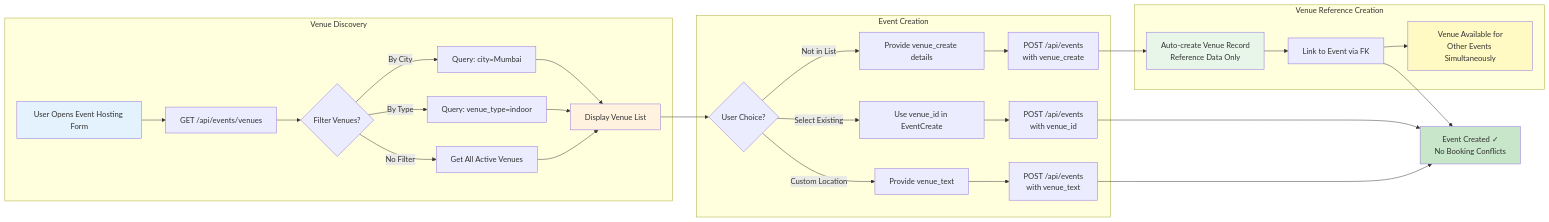
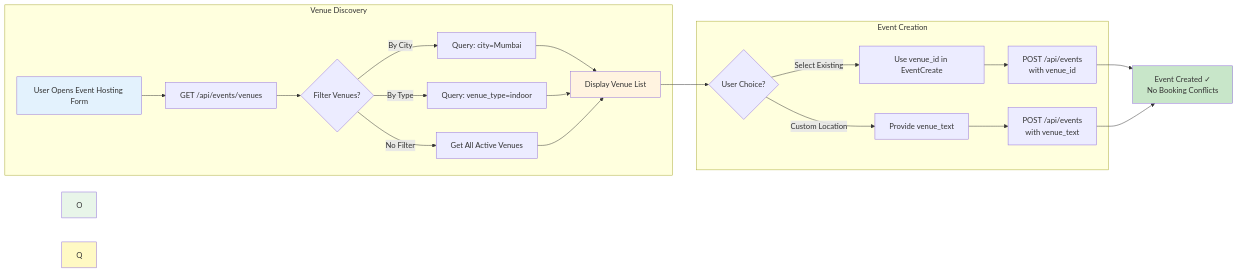
One commit to LOOPINX-CIRCLE/LoopinBackend changed the third of 16 diagrams in events/docs/README.md. Above: the diagram before and after it, drawn with Mermaid. The commit also changed other lines of this file and 2 other files, not shown here.

First line of the commit message:
Update event API docs for multipart/form-data and Supabase Storage

````diff
--- a/events/docs/README.md
+++ b/events/docs/README.md
@@ -133,40 +131,31 @@
 ```mermaid
 flowchart LR
     subgraph "Venue Discovery"
         A[User Opens Event Hosting Form] --> B[GET /api/events/venues]
         B --> C{Filter Venues?}
         C -->|By City| D[Query: city=Mumbai]
         C -->|By Type| E[Query: venue_type=indoor]
         C -->|No Filter| F[Get All Active Venues]
         D --> G[Display Venue List]
         E --> G
         F --> G
     end
     
     subgraph "Event Creation"
         G --> H{User Choice?}
         H -->|Select Existing| I[Use venue_id in EventCreate]
-        H -->|Not in List| J[Provide venue_create details]
         H -->|Custom Location| K[Provide venue_text]
         
         I --> L[POST /api/events<br/>with venue_id]
-        J --> M[POST /api/events<br/>with venue_create]
         K --> N[POST /api/events<br/>with venue_text]
     end
     
-    subgraph "Venue Reference Creation"
-        M --> O[Auto-create Venue Record<br/>Reference Data Only]
-        O --> P[Link to Event via FK]
-        P --> Q[Venue Available for<br/>Other Events Simultaneously]
-    end
-    
     L --> R[Event Created ✓<br/>No Booking Conflicts]
-    P --> R
     N --> R
     
     style A fill:#e3f2fd
     style G fill:#fff3e0
     style O fill:#e8f5e9
     style R fill:#c8e6c9
     style Q fill:#fff9c4
 ```
````
